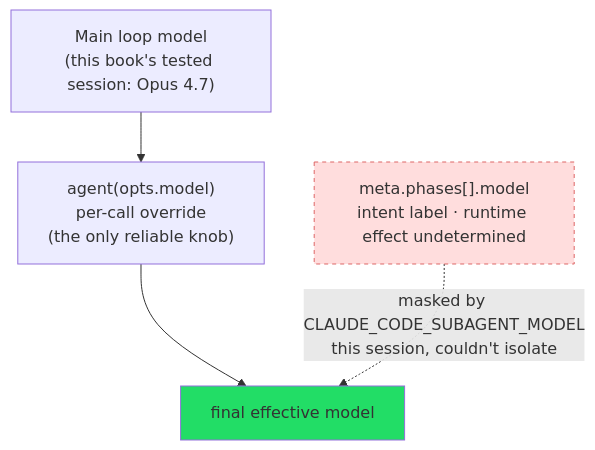
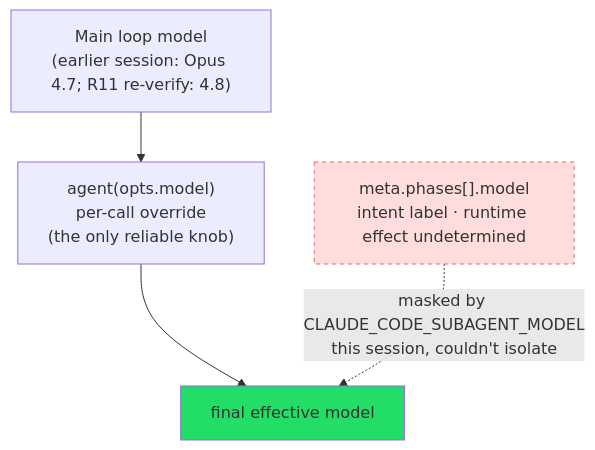
The third of 3 diagrams in docs/en/p2-05-meta-and-phase.md (AGI-is-going-to-arrive/workflow-cookbook), drawn with Mermaid before and after one commit. The commit also changed other lines of this file and 44 other files, not shown here.

````diff
--- a/docs/en/p2-05-meta-and-phase.md
+++ b/docs/en/p2-05-meta-and-phase.md
@@ -482,8 +482,8 @@
 ```mermaid
 flowchart TD
-    A["Main loop model<br/>(this book's tested session: Opus 4.7)"] --> C["agent(opts.model)<br/>per-call override<br/>(the only reliable knob)"]
+    A["Main loop model<br/>(earlier session: Opus 4.7; R11 re-verify: 4.8)"] --> C["agent(opts.model)<br/>per-call override<br/>(the only reliable knob)"]
     C --> E["final effective model"]
     B["meta.phases[].model<br/>intent label · runtime effect undetermined"] -. "masked by CLAUDE_CODE_SUBAGENT_MODEL<br/>this session, couldn't isolate" .-> E
     style E fill:#2d6
     style B fill:#fdd,stroke:#d66,stroke-dasharray: 4 4
 ```
````
